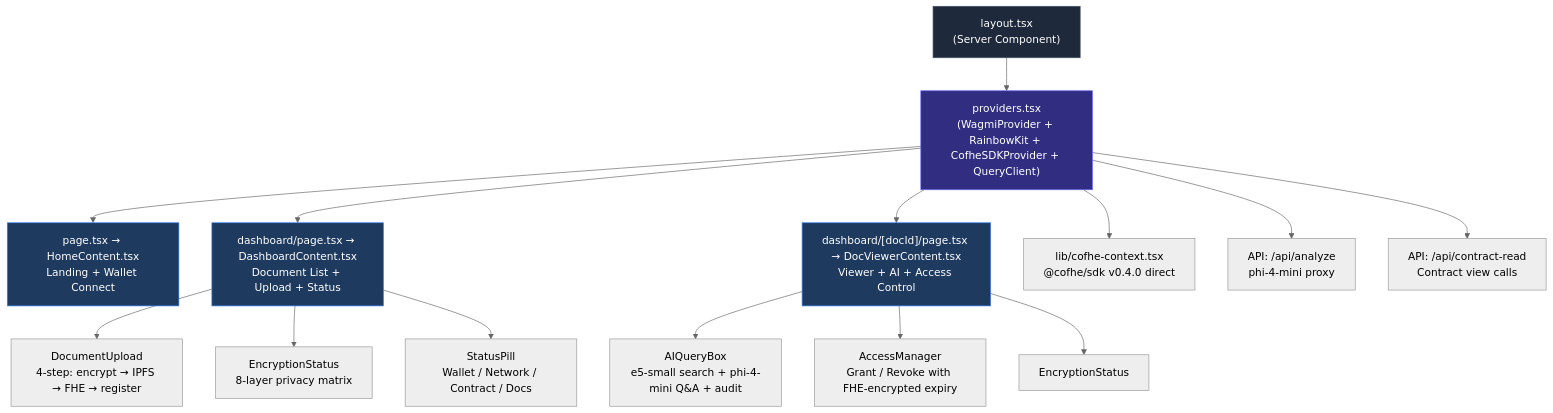
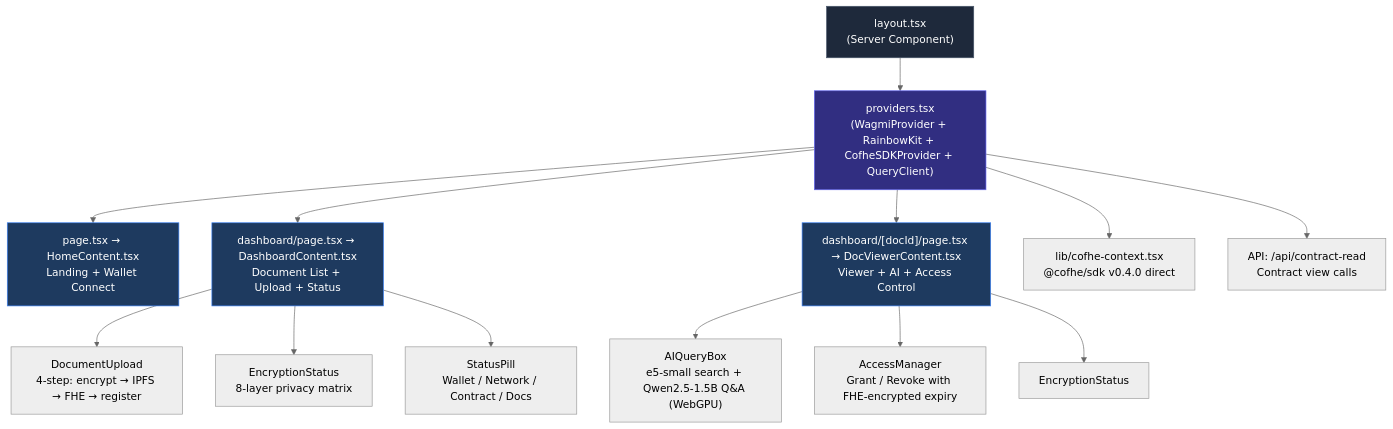
Before and after one commit to harystyleseze/custos: the tenth of 16 diagrams in ARCHITECTURE.md, drawn with Mermaid (neutral theme). The commit also changed other lines of this file and 3 other files, not shown here.

````diff
--- a/ARCHITECTURE.md
+++ b/ARCHITECTURE.md
@@ -397,29 +395,28 @@
 ```mermaid
 graph TD
     LAYOUT["layout.tsx<br/>(Server Component)"]
     PROVIDERS["providers.tsx<br/>(WagmiProvider + RainbowKit + CofheSDKProvider + QueryClient)"]
     
     LAYOUT --> PROVIDERS
     
     PROVIDERS --> HOME["page.tsx → HomeContent.tsx<br/>Landing + Wallet Connect"]
     PROVIDERS --> DASH["dashboard/page.tsx → DashboardContent.tsx<br/>Document List + Upload + Status"]
     PROVIDERS --> DOC["dashboard/[docId]/page.tsx → DocViewerContent.tsx<br/>Viewer + AI + Access Control"]
     
     DASH --> UPLOAD["DocumentUpload<br/>4-step: encrypt → IPFS → FHE → register"]
     DASH --> STATUS["EncryptionStatus<br/>8-layer privacy matrix"]
     DASH --> PILLS["StatusPill<br/>Wallet / Network / Contract / Docs"]
     
-    DOC --> AIBOX["AIQueryBox<br/>e5-small search + phi-4-mini Q&A + audit"]
+    DOC --> AIBOX["AIQueryBox<br/>e5-small search + Qwen2.5-1.5B Q&A (WebGPU)"]
     DOC --> ACCESS["AccessManager<br/>Grant / Revoke with FHE-encrypted expiry"]
     DOC --> STATUS2["EncryptionStatus"]
 
     PROVIDERS --> SDK["lib/cofhe-context.tsx<br/>@cofhe/sdk v0.4.0 direct"]
-    PROVIDERS --> API1["API: /api/analyze<br/>phi-4-mini proxy"]
     PROVIDERS --> API2["API: /api/contract-read<br/>Contract view calls"]
 
     style LAYOUT fill:#1e293b,stroke:#475569,color:#fff
     style PROVIDERS fill:#312e81,stroke:#6366f1,color:#fff
     style HOME fill:#1e3a5f,stroke:#3b82f6,color:#fff
     style DASH fill:#1e3a5f,stroke:#3b82f6,color:#fff
     style DOC fill:#1e3a5f,stroke:#3b82f6,color:#fff
 ```
````
